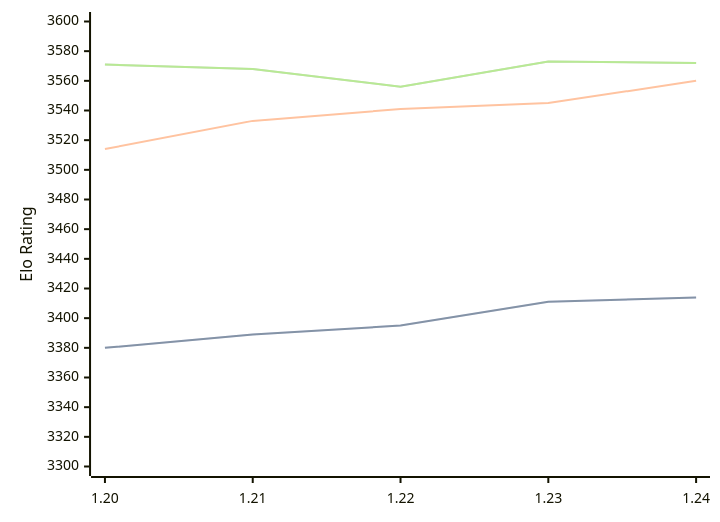
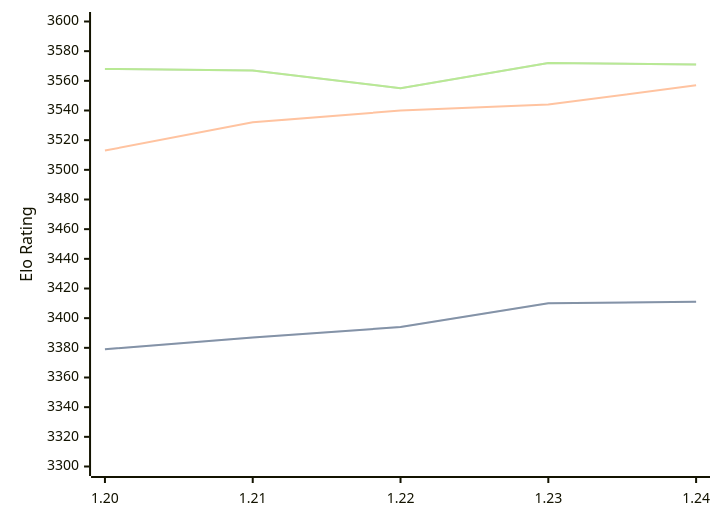
One commit to computer-chess-index/cci changed the diagram in engines/Caissa.md. Above: the diagram before and after it, drawn with Mermaid. The commit also changed other lines of this file, not shown here.

Commit message:
Update CCI Ratings (ELO VLTC) - 2026-03-31

````diff
--- a/engines/Caissa.md
+++ b/engines/Caissa.md
@@ -64,11 +64,11 @@
 ```mermaid
 %%{init: {"theme":"base","themeVariables":{"seriesColors:['#a3a3a3','#222221','#faa371']}}}%%
 xychart-beta
   x-axis ["1.20", "1.21", "1.22", "1.23", "1.24"]
   y-axis "Elo Rating" 3300 --> 3600
-  line "STC (8.0+0.08s)" [3380, 3389, 3395, 3411, 3414]
-  line "STC (8.0+0.08s)" [3380, 3389, 3395, 3411, 3414]
-  line "LTC (60.0+0.60s)" [3514, 3533, 3541, 3545, 3560]
-  line "VLTC (2m24s+1.12s)" [3571, 3568, 3556, 3573, 3572]
-  line "VLTC (2m24s+1.12s)" [3571, 3568, 3556, 3573, 3572]
+  line "STC (8.0+0.08s)" [3379, 3387, 3394, 3410, 3411]
+  line "STC (8.0+0.08s)" [3379, 3387, 3394, 3410, 3411]
+  line "LTC (60.0+0.60s)" [3513, 3532, 3540, 3544, 3557]
+  line "VLTC (2m24s+1.12s)" [3568, 3567, 3555, 3572, 3571]
+  line "VLTC (2m24s+1.12s)" [3568, 3567, 3555, 3572, 3571]
 ```
````
